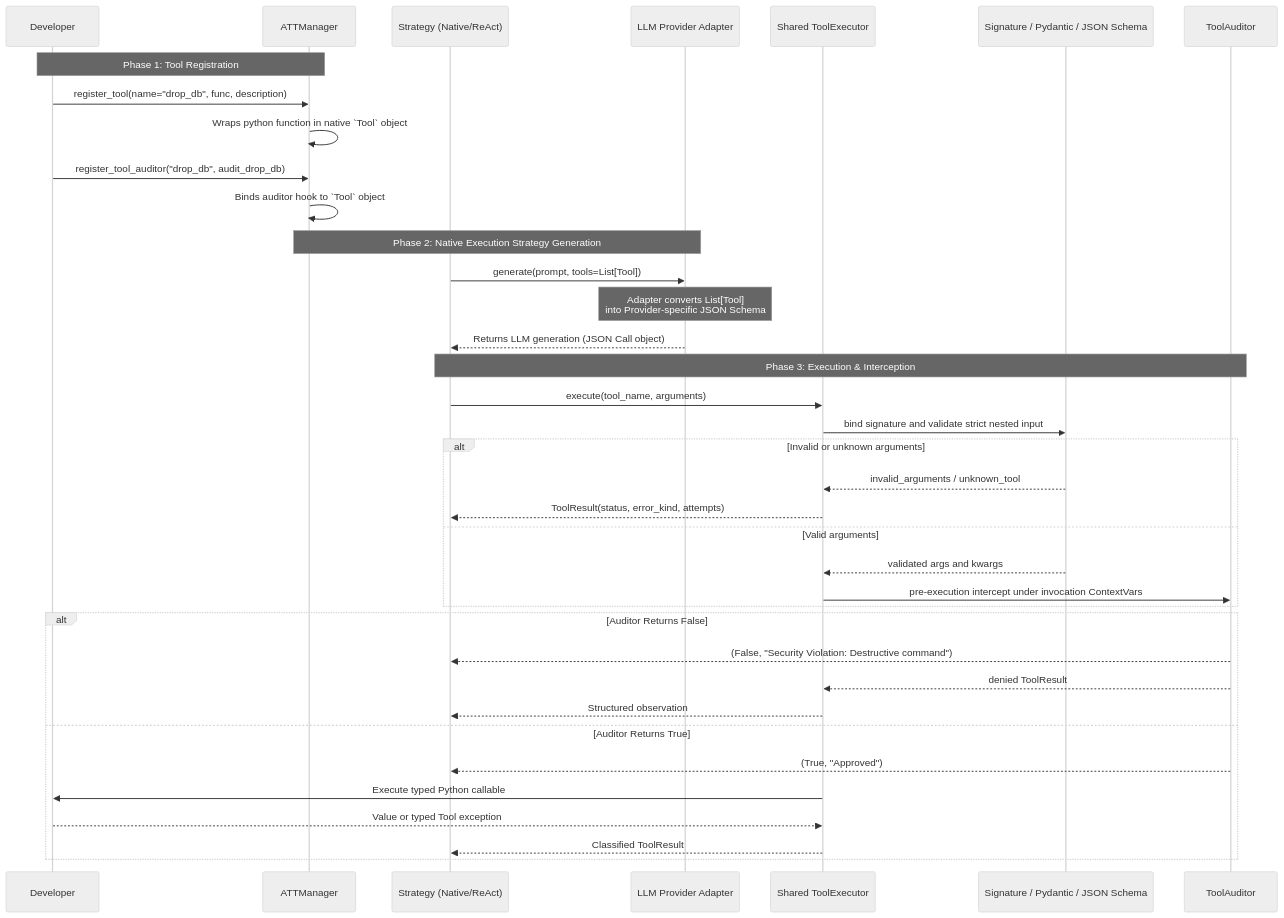
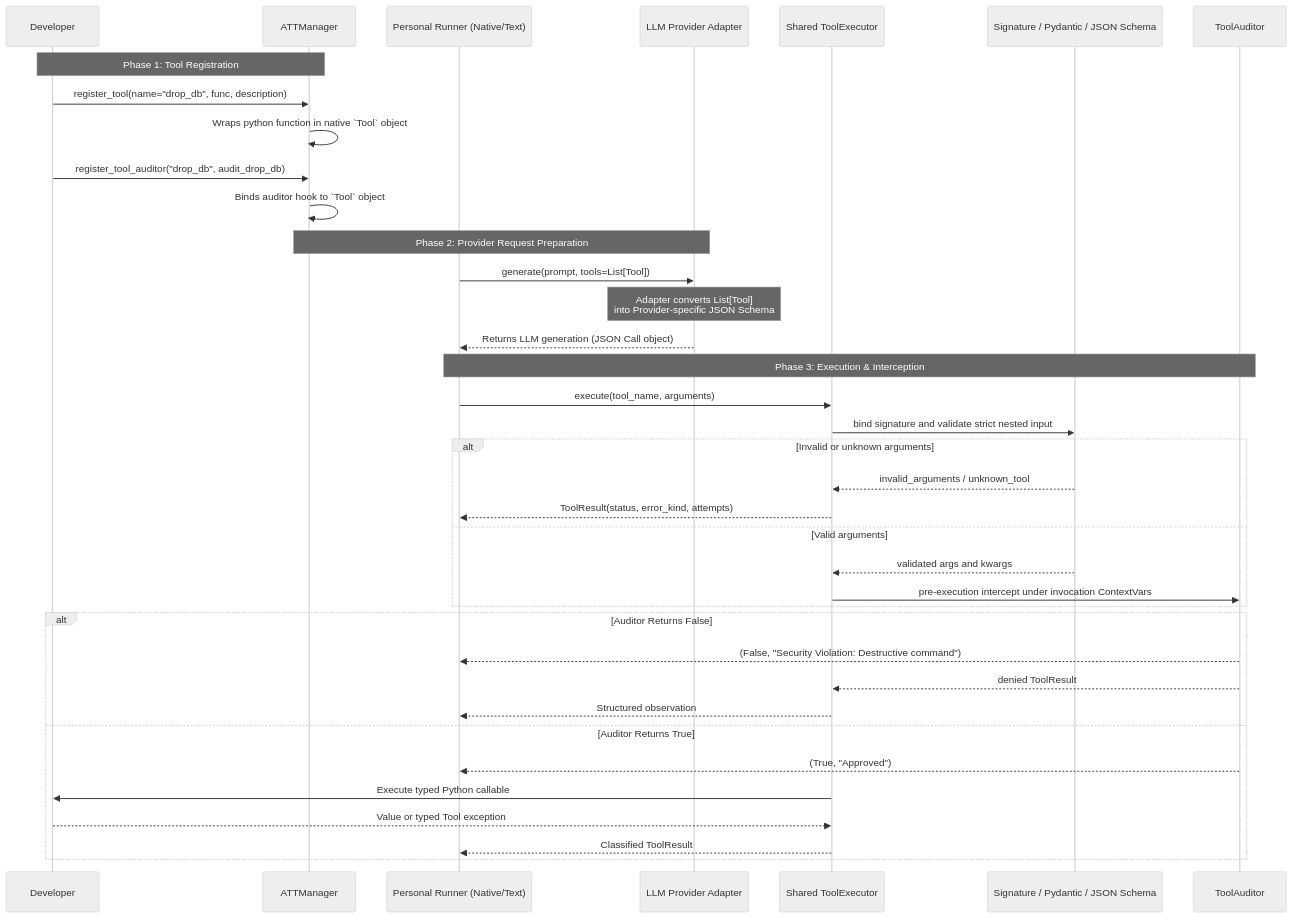
One commit to AI-Team-Team/AI-Team-Team changed the second of 3 diagrams in docs/flowcharts/Tooling_and_Execution.md. Above: the diagram before and after it, drawn with Mermaid (neutral theme). The commit also changed other lines of this file and 310 other files, not shown here.

````diff
--- a/docs/flowcharts/Tooling_and_Execution.md
+++ b/docs/flowcharts/Tooling_and_Execution.md
@@ -47,49 +47,49 @@
 ```mermaid
 sequenceDiagram
     participant Dev as Developer
     participant Manager as ATTManager
-    participant Strategy as Strategy (Native/ReAct)
+    participant Strategy as Personal Runner (Native/Text)
     participant LLM as LLM Provider Adapter
     participant Executor as Shared ToolExecutor
     participant Validator as Signature / Pydantic / JSON Schema
     participant Auditor as ToolAuditor
     
     %% Phase 1: Registration
     Note over Dev,Manager: Phase 1: Tool Registration
     Dev->>Manager: register_tool(name="drop_db", func, description)
     Manager->>Manager: Wraps python function in native `Tool` object
     
     Dev->>Manager: register_tool_auditor("drop_db", audit_drop_db)
     Manager->>Manager: Binds auditor hook to `Tool` object
     
     %% Phase 2: Generation
-    Note over Manager,LLM: Phase 2: Native Execution Strategy Generation
+    Note over Manager,LLM: Phase 2: Provider Request Preparation
     Strategy->>LLM: generate(prompt, tools=List[Tool])
     
     Note over LLM: Adapter converts List[Tool]<br/>into Provider-specific JSON Schema
     LLM-->>Strategy: Returns LLM generation (JSON Call object)
     
     %% Phase 3: Execution & Audit
     Note over Strategy,Auditor: Phase 3: Execution & Interception
     Strategy->>Executor: execute(tool_name, arguments)
     Executor->>Validator: bind signature and validate strict nested input
 
     alt Invalid or unknown arguments
         Validator-->>Executor: invalid_arguments / unknown_tool
         Executor-->>Strategy: ToolResult(status, error_kind, attempts)
     else Valid arguments
         Validator-->>Executor: validated args and kwargs
         Executor->>Auditor: pre-execution intercept under invocation ContextVars
     end
     
     alt Auditor Returns False
         Auditor-->>Strategy: (False, "Security Violation: Destructive command")
         Auditor-->>Executor: denied ToolResult
         Executor-->>Strategy: Structured observation
     else Auditor Returns True
         Auditor-->>Strategy: (True, "Approved")
         Executor->>Dev: Execute typed Python callable
         Dev-->>Executor: Value or typed Tool exception
         Executor-->>Strategy: Classified ToolResult
     end
 ```
````
